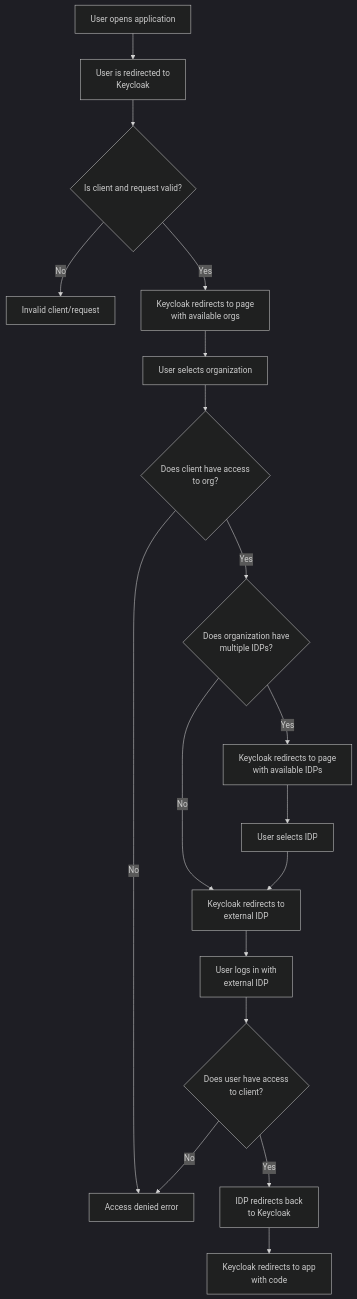
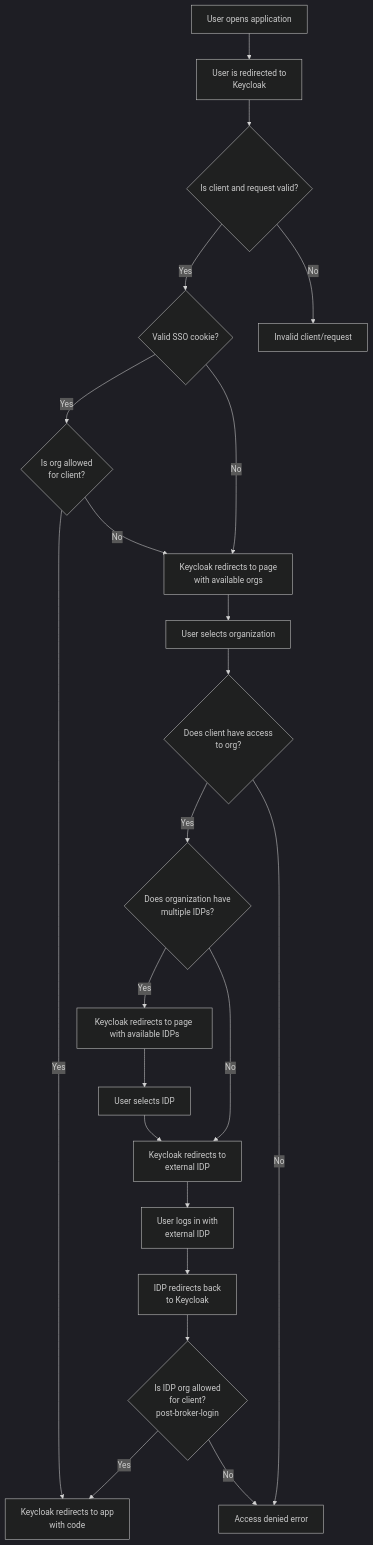
One commit to FINTLabs/flais-keycloak changed the diagram in docs/processes/authentication-process.md. Above: the diagram before and after it, drawn with Mermaid (dark theme). The commit also changed other lines of this file and 56 other files, not shown here.

First line of the commit message:
FLA-1596: Post-Broker Login and Organization-Aware SSO Security Fixes (#234)

````diff
--- a/docs/processes/authentication-process.md
+++ b/docs/processes/authentication-process.md
@@ -27,48 +31,55 @@
 ```mermaid
 flowchart TD
     is_client_and_req_valid{Is client and request valid?}
-    is_client_access_to_org{Does client have access<br> to org?}
-    is_org_multiple_idps{Does organization have<br> multiple IDPs?}
-    is_user_access_ext_idp{Does user have access<br> to client?}
+    is_sso_cookie_valid{Valid SSO cookie?}
+    is_org_allowed_sso{Is org allowed<br />for client?}
+    is_client_access_to_org{Does client have access<br /> to org?}
+    is_org_multiple_idps{Does organization have<br /> multiple IDPs?}
+    is_idp_org_allowed{Is IDP org allowed<br />for client?<br />post-broker-login}
 
     user_opens_app[User opens application]
     user_selects_org[User selects organization]
     user_selects_idp[User selects IDP]
-    user_redirected_keycloak["User is redirected to<br> Keycloak"]
-    user_logs_in_with_ext_idp[User logs in with<br> external IDP]
+    user_redirected_keycloak["User is redirected to<br /> Keycloak"]
+    user_logs_in_with_ext_idp[User logs in with<br /> external IDP]
 
     err_access_denied[Access denied error]
     err_client_invalid[Invalid client/request]
 
-    kc_redirects_ext_idp[Keycloak redirects to<br> external IDP]
-    kc_redirects_idp_selector[Keycloak redirects to page<br> with available IDPs]
-    kc_redirects_org_selector[Keycloak redirects to page<br> with available orgs]
-    kc_redirects_app[Keycloak redirects to app<br> with code]
+    kc_redirects_ext_idp[Keycloak redirects to<br /> external IDP]
+    kc_redirects_idp_selector[Keycloak redirects to page with available IDPs]
+    kc_redirects_org_selector[Keycloak redirects to page<br /> with available orgs]
+    kc_redirects_app[Keycloak redirects to app<br /> with code]
 
-    idp_redirect_to_keycloak[IDP redirects back<br> to Keycloak]
+    idp_redirect_to_keycloak[IDP redirects back<br /> to Keycloak]
 
     user_opens_app --> user_redirected_keycloak
     user_redirected_keycloak --> is_client_and_req_valid
 
-    is_client_and_req_valid -- Yes --> kc_redirects_org_selector
+    is_client_and_req_valid -- Yes --> is_sso_cookie_valid
     is_client_and_req_valid -- No --> err_client_invalid
+
+    is_sso_cookie_valid -- Yes --> is_org_allowed_sso
+    is_sso_cookie_valid -- No --> kc_redirects_org_selector
+
+    is_org_allowed_sso -- Yes --> kc_redirects_app
+    is_org_allowed_sso -- No --> kc_redirects_org_selector
 
     kc_redirects_org_selector --> user_selects_org
     user_selects_org --> is_client_access_to_org
 
     is_client_access_to_org -- Yes --> is_org_multiple_idps
     is_client_access_to_org -- No --> err_access_denied
     is_org_multiple_idps -- Yes --> kc_redirects_idp_selector
     is_org_multiple_idps -- No --> kc_redirects_ext_idp
 
     kc_redirects_idp_selector --> user_selects_idp
     user_selects_idp --> kc_redirects_ext_idp
     kc_redirects_ext_idp --> user_logs_in_with_ext_idp
 
-    user_logs_in_with_ext_idp --> is_user_access_ext_idp
+    user_logs_in_with_ext_idp --> idp_redirect_to_keycloak
+    idp_redirect_to_keycloak --> is_idp_org_allowed
 
-    is_user_access_ext_idp -- Yes --> idp_redirect_to_keycloak
-    is_user_access_ext_idp -- No --> err_access_denied
-
-    idp_redirect_to_keycloak --> kc_redirects_app
+    is_idp_org_allowed -- Yes --> kc_redirects_app
+    is_idp_org_allowed -- No --> err_access_denied
 ```
````
